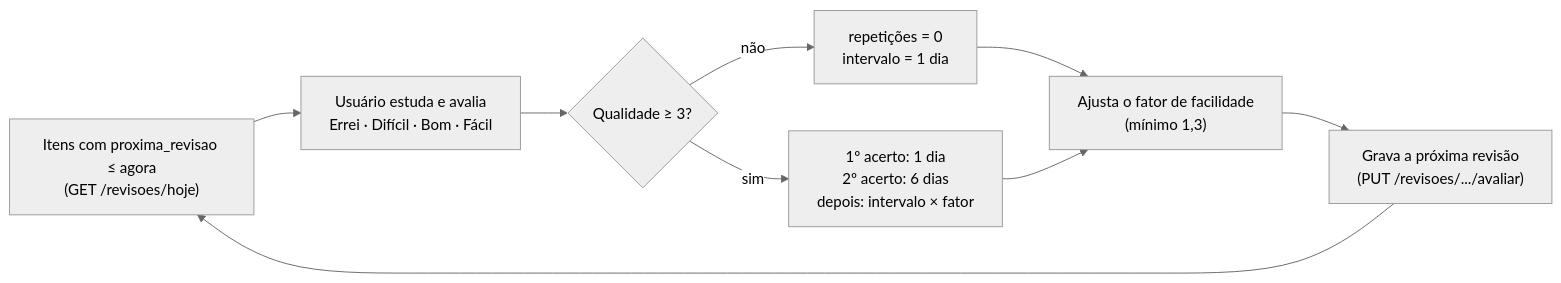
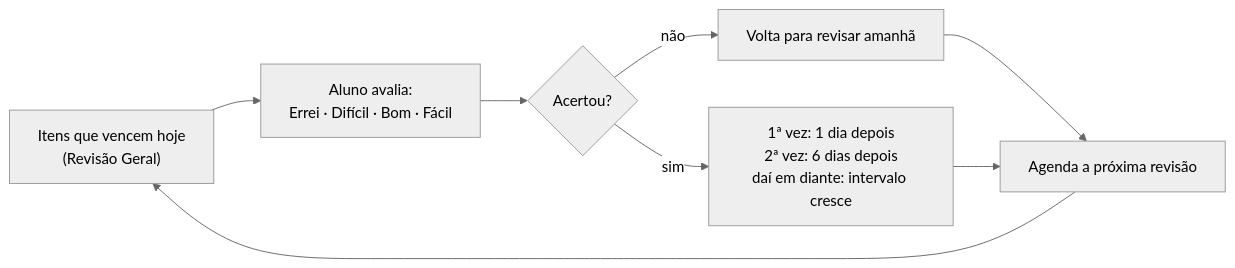
One commit to joaopedro-albuquerque/bright-edtech-backend changed the second of 2 diagrams in README.md. Above: the diagram before and after it, drawn with Mermaid (neutral theme). The commit also changed other lines of this file, not shown here.

````diff
--- a/README.md
+++ b/README.md
@@ -141,11 +65,10 @@
 ```mermaid
 flowchart LR
-  A["Itens com proxima_revisao ≤ agora<br/>(GET /revisoes/hoje)"] --> B["Usuário estuda e avalia<br/>Errei · Difícil · Bom · Fácil"]
-  B --> C{"Qualidade ≥ 3?"}
-  C -- "não" --> D["repetições = 0<br/>intervalo = 1 dia"]
-  C -- "sim" --> E["1º acerto: 1 dia<br/>2º acerto: 6 dias<br/>depois: intervalo × fator"]
-  D --> F["Ajusta o fator de facilidade<br/>(mínimo 1,3)"]
+  A["Itens que vencem hoje<br/>(Revisão Geral)"] --> B["Aluno avalia:<br/>Errei · Difícil · Bom · Fácil"]
+  B --> C{"Acertou?"}
+  C -- "não" --> D["Volta para revisar amanhã"]
+  C -- "sim" --> E["1ª vez: 1 dia depois<br/>2ª vez: 6 dias depois<br/>daí em diante: intervalo cresce"]
+  D --> F["Agenda a próxima revisão"]
   E --> F
-  F --> G["Grava a próxima revisão<br/>(PUT /revisoes/.../avaliar)"]
-  G --> A
+  F --> A
 ```
````
